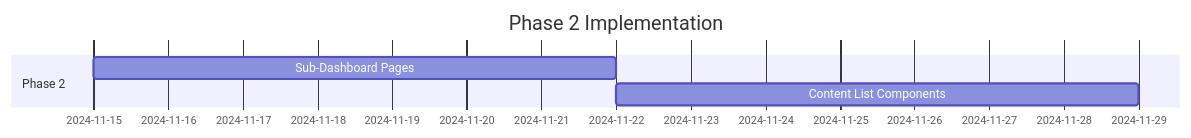
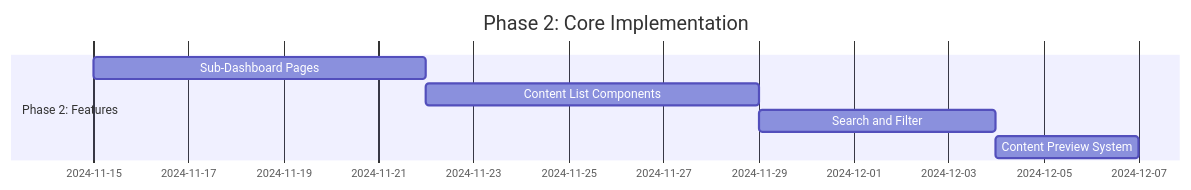
Diagram 26 of 31 in docs/patient-portal-mobile-first-redesign-prd.md (Justy6674/DSWebsite_next.js), drawn with Mermaid before and after one commit. The commit also changed other lines of this file, not shown here.

First line of the commit message:
fix: Complete Patient Portal PRD with comprehensive mermaid diagrams

````diff
--- a/docs/patient-portal-mobile-first-redesign-prd.md
+++ b/docs/patient-portal-mobile-first-redesign-prd.md
@@ -621,8 +804,10 @@
 ```mermaid
 gantt
-    title Phase 2 Implementation
+    title Phase 2: Core Implementation
     dateFormat  YYYY-MM-DD
-    section Phase 2
-    Sub-Dashboard Pages        :b1, 2024-11-15, 7d
-    Content List Components    :b2, after b1, 7d
+    section Phase 2: Features
+    Sub-Dashboard Pages         :b1, 2024-11-15, 7d
+    Content List Components     :b2, after b1, 7d
+    Search and Filter           :b3, after b2, 5d
+    Content Preview System      :b4, after b3, 3d
 ```
````
